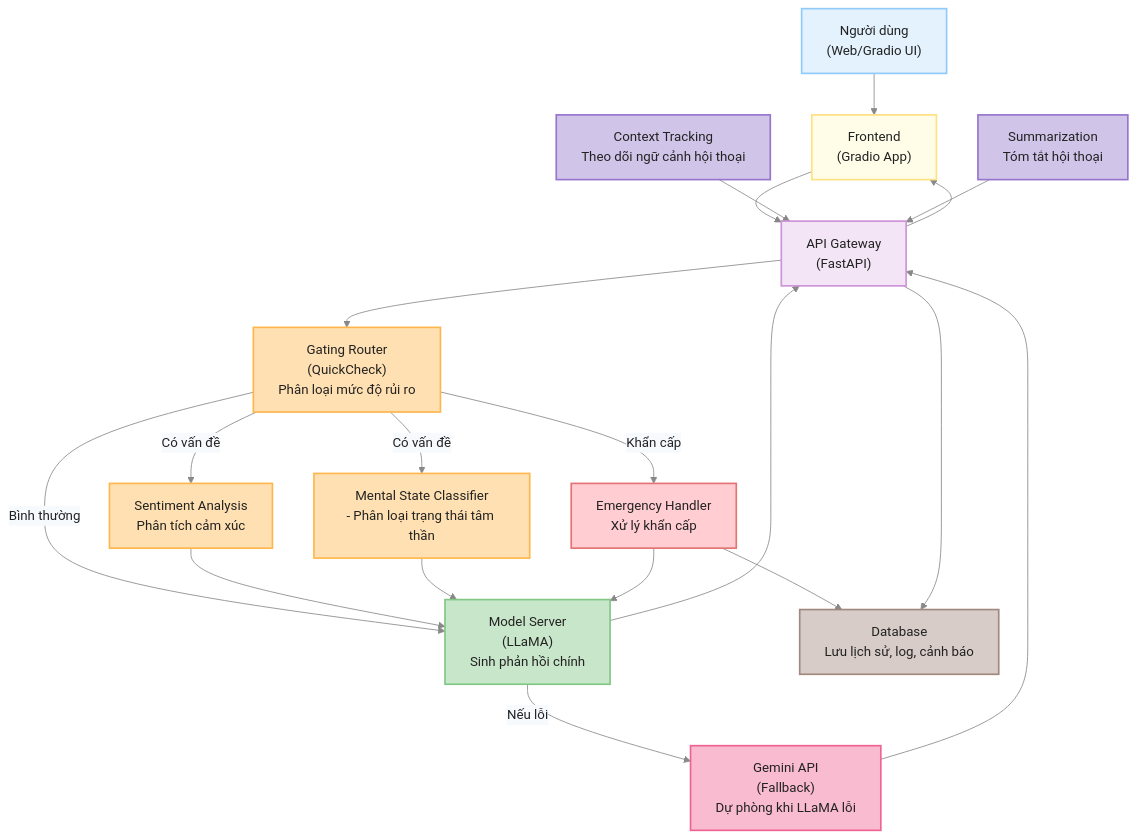
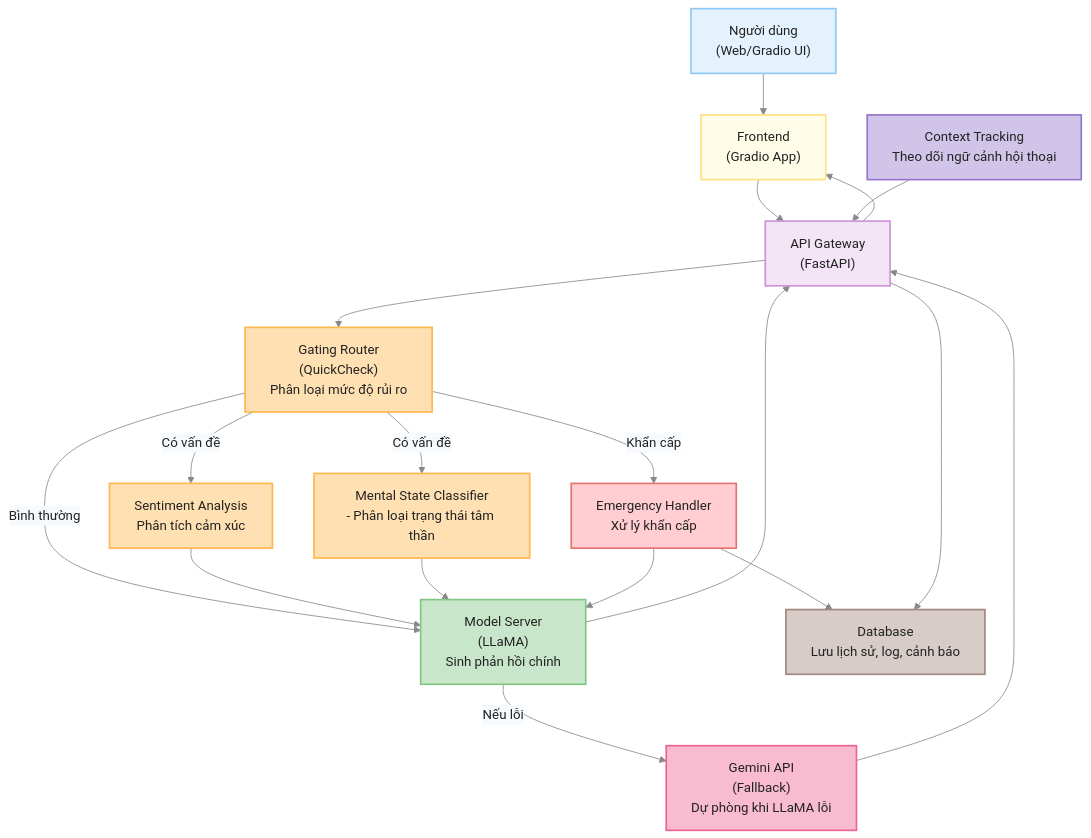
Before and after one commit to VuHa123/DoAnTotNghiep: the diagram in README.md, drawn with Mermaid. The commit also changed other lines of this file and 9 other files, not shown here.

````diff
--- a/README.md
+++ b/README.md
@@ -12,48 +12,46 @@
 ```mermaid
 %%{init: { 'theme': 'base', 'themeVariables': { 'background': '#f7fafd', 'fontFamily': 'Inter, Arial', 'fontSize': '16px', 'fontWeight': 'bold', 'primaryTextColor': '#222', 'nodeTextColor': '#222', 'lineColor': '#888', 'edgeLabelBackground':'#f7fafd' } } }%%
 flowchart TD
     User["Người dùng<br/>(Web/Gradio UI)"]
     Frontend["Frontend<br/>(Gradio App)"]
     APIGW["API Gateway<br/>(FastAPI)"]
     Gating["Gating Router<br/>(QuickCheck)<br/>Phân loại mức độ rủi ro"]
     Sentiment["Sentiment Analysis<br/>Phân tích cảm xúc"]
     Mental["Mental State Classifier<br/>- Phân loại trạng thái tâm thần"]
     Emergency["Emergency Handler<br/>Xử lý khẩn cấp"]
     ModelLLaMA["Model Server<br/>(LLaMA)<br/>Sinh phản hồi chính"]
     ModelGemini["Gemini API<br/>(Fallback)<br/>Dự phòng khi LLaMA lỗi"]
     DB["Database<br/>Lưu lịch sử, log, cảnh báo"]
     Context["Context Tracking<br/>Theo dõi ngữ cảnh hội thoại"]
-    Summarizer["Summarization<br/>Tóm tắt hội thoại"]
+
 
     User --> Frontend
     Frontend --> APIGW
     APIGW --> Gating
     Gating -- "Bình thường" --> ModelLLaMA
     Gating -- "Có vấn đề" --> Sentiment
     Gating -- "Có vấn đề" --> Mental
     Gating -- "Khẩn cấp" --> Emergency
     Sentiment --> ModelLLaMA
     Mental --> ModelLLaMA
     Emergency --> ModelLLaMA
     Emergency --> DB
     ModelLLaMA -- "Nếu lỗi" --> ModelGemini
     ModelLLaMA --> APIGW
     ModelGemini --> APIGW
     APIGW --> DB
     Context --> APIGW
-    Summarizer --> APIGW
     APIGW --> Frontend
     %% Style
     style User fill:#e3f2fd,stroke:#90caf9,stroke-width:2px,color:#222
     style Frontend fill:#fffde7,stroke:#ffe082,stroke-width:2px,color:#222
     style APIGW fill:#f3e5f5,stroke:#ce93d8,stroke-width:2px,color:#222
     style Gating fill:#ffe0b2,stroke:#ffb74d,stroke-width:2px,color:#222
     style Sentiment fill:#ffe0b2,stroke:#ffb74d,stroke-width:2px,color:#222
     style Mental fill:#ffe0b2,stroke:#ffb74d,stroke-width:2px,color:#222
     style Emergency fill:#ffcdd2,stroke:#e57373,stroke-width:2px,color:#222
     style ModelLLaMA fill:#c8e6c9,stroke:#81c784,stroke-width:2px,color:#222
     style ModelGemini fill:#f8bbd0,stroke:#f06292,stroke-width:2px,color:#222
     style DB fill:#d7ccc8,stroke:#a1887f,stroke-width:2px,color:#222
     style Context fill:#d1c4e9,stroke:#9575cd,stroke-width:2px,color:#222
-    style Summarizer fill:#d1c4e9,stroke:#9575cd,stroke-width:2px,color:#222
 ```
````
